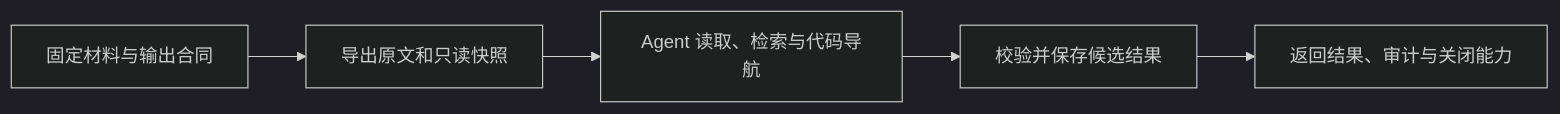
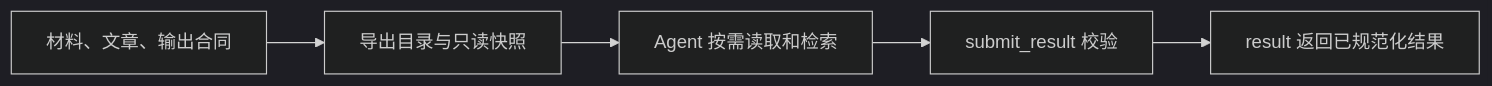
Before and after one commit to lejunyang/omem: the diagram in .repo-review/knowledge/articles/052b7a5f06c5ca089f216633bf39395608fd9bad8adc088f98b214b6749761f3.md, drawn with Mermaid (dark theme). The commit also changed other lines of this file and 20 other files, not shown here.

````diff
--- a/.repo-review/knowledge/articles/052b7a5f06c5ca089f216633bf39395608fd9bad8adc088f98b214b6749761f3.md
+++ b/.repo-review/knowledge/articles/052b7a5f06c5ca089f216633bf39395608fd9bad8adc088f98b214b6749761f3.md
@@ -17,7 +19,7 @@
 ```mermaid
 flowchart LR
-  A[固定材料与输出合同] --> B[导出原文和只读快照]
-  B --> C[Agent 读取、检索与代码导航]
-  C --> D[校验并保存候选结果]
-  D --> E[返回结果、审计与关闭能力]
+  A[材料、文章、输出合同] --> B[导出目录与只读快照]
+  B --> C[Agent 按需读取和检索]
+  C --> D[submit_result 校验]
+  D --> E[result 返回已规范化结果]
 ```
````
